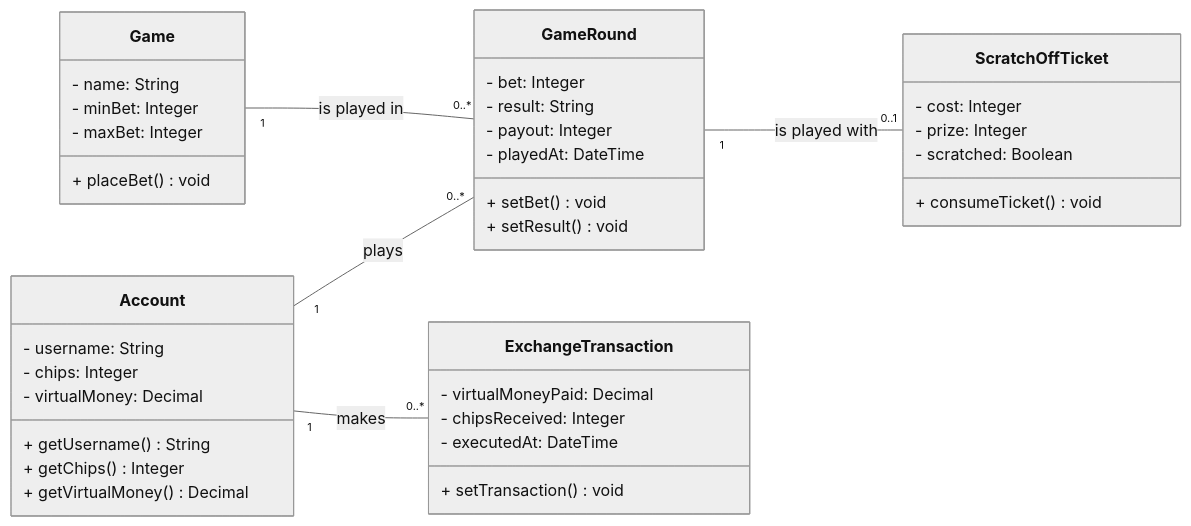
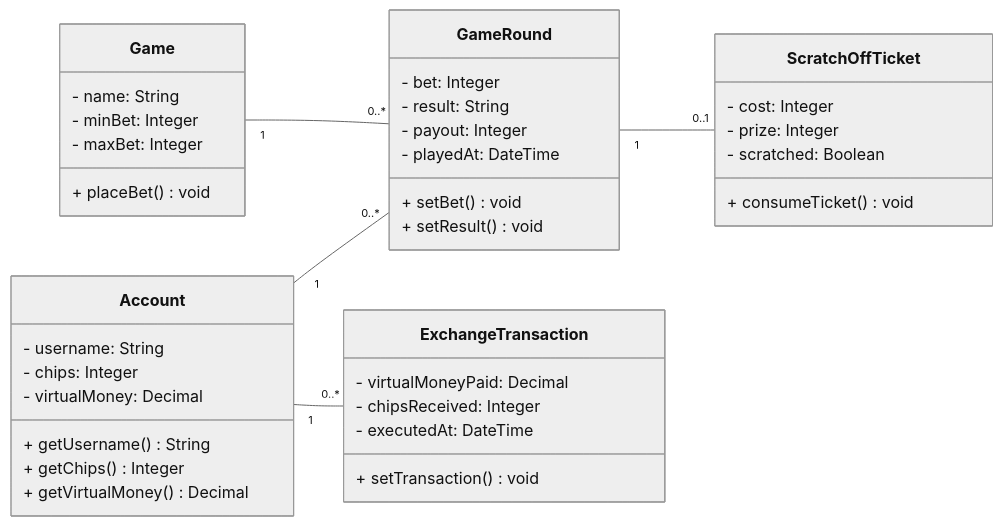
One commit to deadbeef-alo/CloverStack changed the diagram in docs/domain_model.md. Above: the diagram before and after it, drawn with Mermaid (neutral theme). The commit also changed 1 other file, not shown here.

Commit message:
corrected domain module

````diff
--- a/docs/domain_model.md
+++ b/docs/domain_model.md
@@ -6,44 +6,44 @@
 ```mermaid
 classDiagram
     direction LR
  
     class Account {
         - username: String
         - chips: Integer
         - virtualMoney: Decimal
         + getUsername() String
         + getChips() Integer
         + getVirtualMoney() Decimal
     }
     class Game {
         - name: String
         - minBet: Integer
         - maxBet: Integer
         + placeBet() void
     }
     class GameRound {
         - bet: Integer
         - result: String
         - payout: Integer
         - playedAt: DateTime
         + setBet() void
         + setResult() void
     }
     class ScratchOffTicket {
         - cost: Integer
         - prize: Integer
         - scratched: Boolean
         + consumeTicket() void
     }
     class ExchangeTransaction {
         - virtualMoneyPaid: Decimal
         - chipsReceived: Integer
         - executedAt: DateTime
         + setTransaction() void
     }
  
-    Account "1" -- "0..*" GameRound : plays
-    Game "1" -- "0..*" GameRound : is played in
-    GameRound "1" -- "0..1" ScratchOffTicket : is played with
-    Account "1" -- "0..*" ExchangeTransaction : makes
+    Account "1" -- "0..*" GameRound
+    Game "1" -- "0..*" GameRound
+    GameRound "1" -- "0..1" ScratchOffTicket
+    Account "1" -- "0..*" ExchangeTransaction
 ```
````
